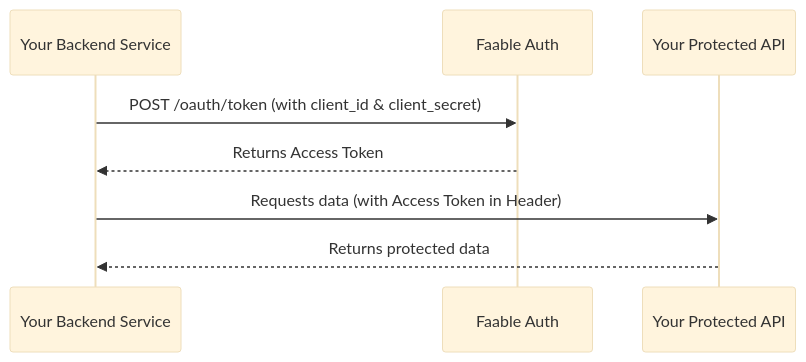
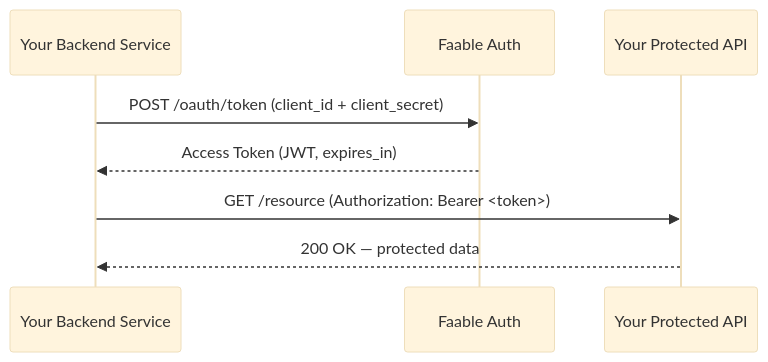
One commit to faablecloud/docs changed the diagram in content/auth/oauth-flows/client-credentials.mdx. Above: the diagram before and after it, drawn with Mermaid (base theme). The commit also changed other lines of this file, not shown here.

First line of the commit message:
docs(auth): rewrite client-credentials page for ads landing

````diff
--- a/content/auth/oauth-flows/client-credentials.mdx
+++ b/content/auth/oauth-flows/client-credentials.mdx
@@ -16,11 +23,11 @@
 ```mermaid
 sequenceDiagram
     participant App as Your Backend Service
     participant Faable as Faable Auth
     participant API as Your Protected API
 
-    App->>Faable: POST /oauth/token (with client_id & client_secret)
-    Faable-->>App: Returns Access Token
-    App->>API: Requests data (with Access Token in Header)
-    API-->>App: Returns protected data
+    App->>Faable: POST /oauth/token (client_id + client_secret)
+    Faable-->>App: Access Token (JWT, expires_in)
+    App->>API: GET /resource (Authorization: Bearer <token>)
+    API-->>App: 200 OK — protected data
 ```
````
